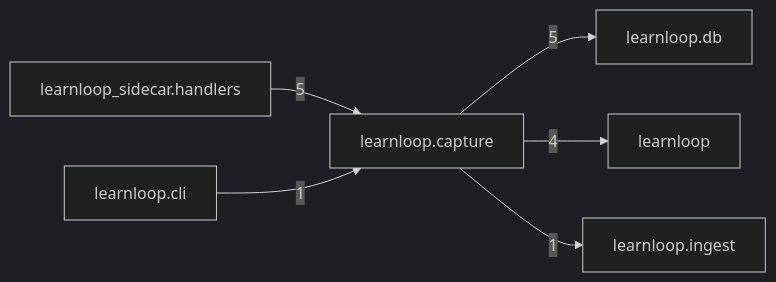
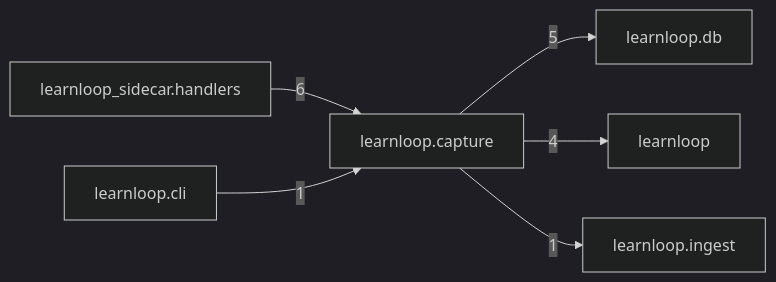
One commit to 6up-b/learnanything changed the diagram in docs/learnloop-architecture-vault/Reference/Modules/learnloop/capture/_package.md. Above: the diagram before and after it, drawn with Mermaid (dark theme). The commit also changed other lines of this file and 29 other files, not shown here.

````diff
--- a/docs/learnloop-architecture-vault/Reference/Modules/learnloop/capture/_package.md
+++ b/docs/learnloop-architecture-vault/Reference/Modules/learnloop/capture/_package.md
@@ -80,14 +80,14 @@
 ```mermaid
 flowchart LR
     center["learnloop.capture"]
+    n_learnloop_sidecar_handlers["learnloop_sidecar.handlers"]
     n_learnloop_db["learnloop.db"]
-    n_learnloop_sidecar_handlers["learnloop_sidecar.handlers"]
     n_learnloop["learnloop"]
     n_learnloop_cli["learnloop.cli"]
     n_learnloop_ingest["learnloop.ingest"]
+    n_learnloop_sidecar_handlers -->|6| center
     center -->|5| n_learnloop_db
-    n_learnloop_sidecar_handlers -->|5| center
     center -->|4| n_learnloop
     n_learnloop_cli -->|1| center
     center -->|1| n_learnloop_ingest
 ```
````
